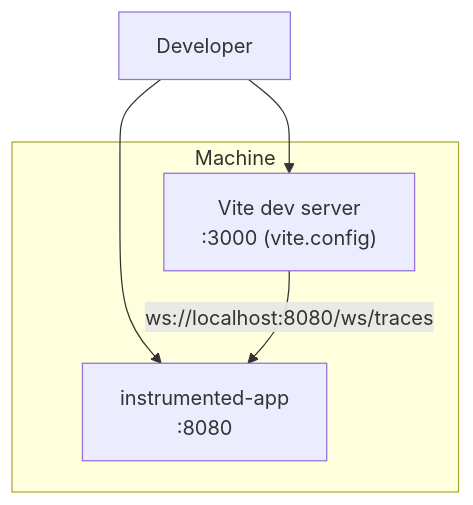
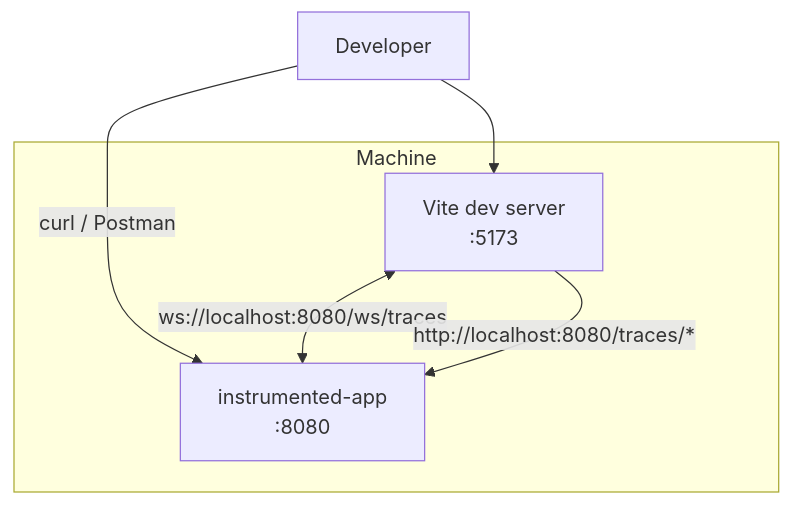
The fifth of 5 diagrams in docs/ARCHITECTURE.md (NiyathaVS/Live-Backend-Execution-Trace-Visualizer), drawn with Mermaid before and after one commit. The commit also changed other lines of this file and 5 other files, not shown here.

````diff
--- a/docs/ARCHITECTURE.md
+++ b/docs/ARCHITECTURE.md
@@ -151,11 +228,12 @@
 ```mermaid
 flowchart TB
     subgraph Machine
         B["instrumented-app\n:8080"]
-        F["Vite dev server\n:3000 (vite.config)"]
+        F["Vite dev server\n:5173"]
     end
 
     User[Developer] --> F
-    User --> B
-    F -->|"ws://localhost:8080/ws/traces"| B
+    User -->|"curl / Postman"| B
+    F <-->|"ws://localhost:8080/ws/traces"| B
+    F -->|"http://localhost:8080/traces/*"| B
 ```
````
